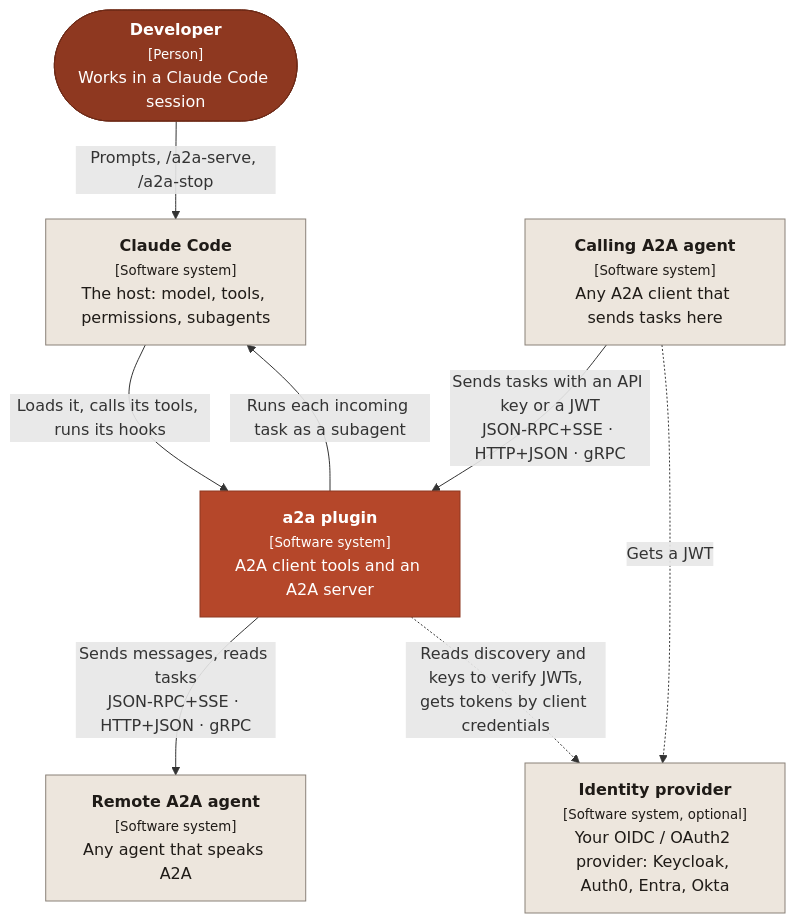
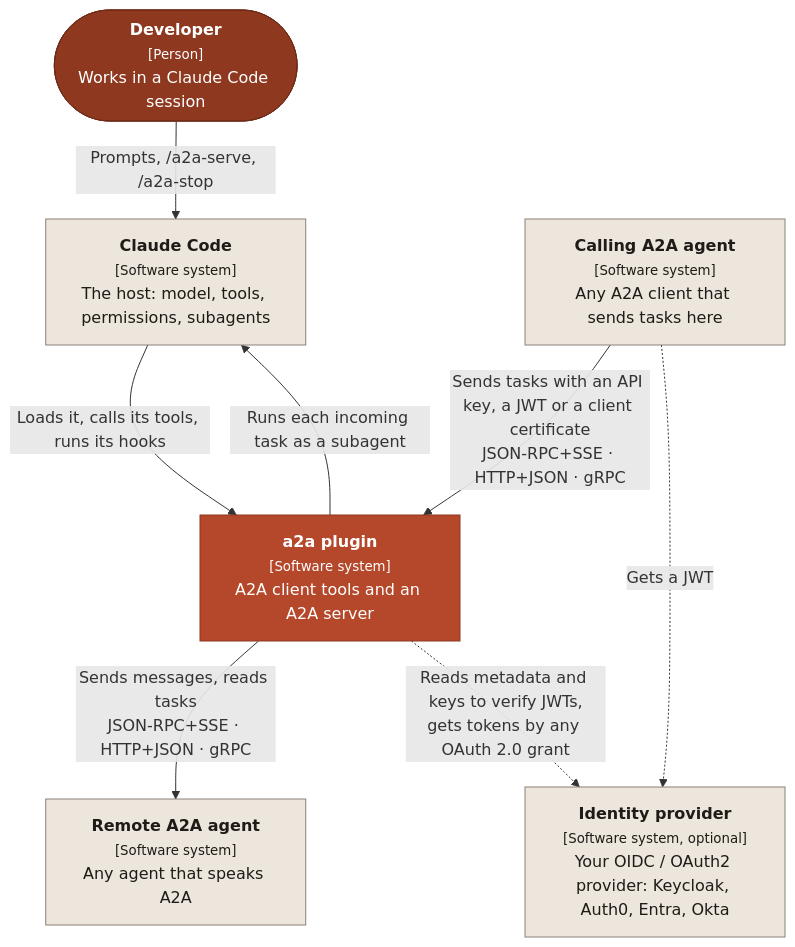
One commit to fulgas/claude-a2a changed the first of 6 diagrams in docs/architecture.md. Above: the diagram before and after it, drawn with Mermaid. The commit also changed other lines of this file and 18 other files, not shown here.

````diff
--- a/docs/architecture.md
+++ b/docs/architecture.md
@@ -30,23 +31,23 @@
 ```mermaid
 flowchart TB
   user(["<b>Developer</b><br/><small>[Person]</small><br/>Works in a Claude Code session"])
   claude["<b>Claude Code</b><br/><small>[Software system]</small><br/>The host: model, tools, permissions, subagents"]
   plugin["<b>a2a plugin</b><br/><small>[Software system]</small><br/>A2A client tools and an A2A server"]
   remote["<b>Remote A2A agent</b><br/><small>[Software system]</small><br/>Any agent that speaks A2A"]
   caller["<b>Calling A2A agent</b><br/><small>[Software system]</small><br/>Any A2A client that sends tasks here"]
   idp["<b>Identity provider</b><br/><small>[Software system, optional]</small><br/>Your OIDC / OAuth2 provider: Keycloak, Auth0, Entra, Okta"]
   user -- "Prompts, /a2a-serve, /a2a-stop" --> claude
   claude -- "Loads it, calls its tools, runs its hooks" --> plugin
   plugin -- "Runs each incoming task as a subagent" --> claude
   plugin -- "Sends messages, reads tasks<br/>JSON-RPC+SSE · HTTP+JSON · gRPC" --> remote
-  caller -- "Sends tasks with an API key or a JWT<br/>JSON-RPC+SSE · HTTP+JSON · gRPC" --> plugin
+  caller -- "Sends tasks with an API key, a JWT or a client certificate<br/>JSON-RPC+SSE · HTTP+JSON · gRPC" --> plugin
   caller -. "Gets a JWT" .-> idp
-  plugin -. "Reads discovery and keys to verify JWTs,<br/>gets tokens by client credentials" .-> idp
+  plugin -. "Reads metadata and keys to verify JWTs,<br/>gets tokens by any OAuth 2.0 grant" .-> idp
   classDef person fill:#8E3820,stroke:#6E2A17,color:#fff
   classDef system fill:#B5472A,stroke:#8E3820,color:#fff
   classDef container fill:#F6E4DC,stroke:#B5472A,color:#1F1B17
   classDef external fill:#EDE6DD,stroke:#8A8178,color:#1F1B17
   class user person
   class plugin system
   class claude,remote,caller,idp external
 ```
````
